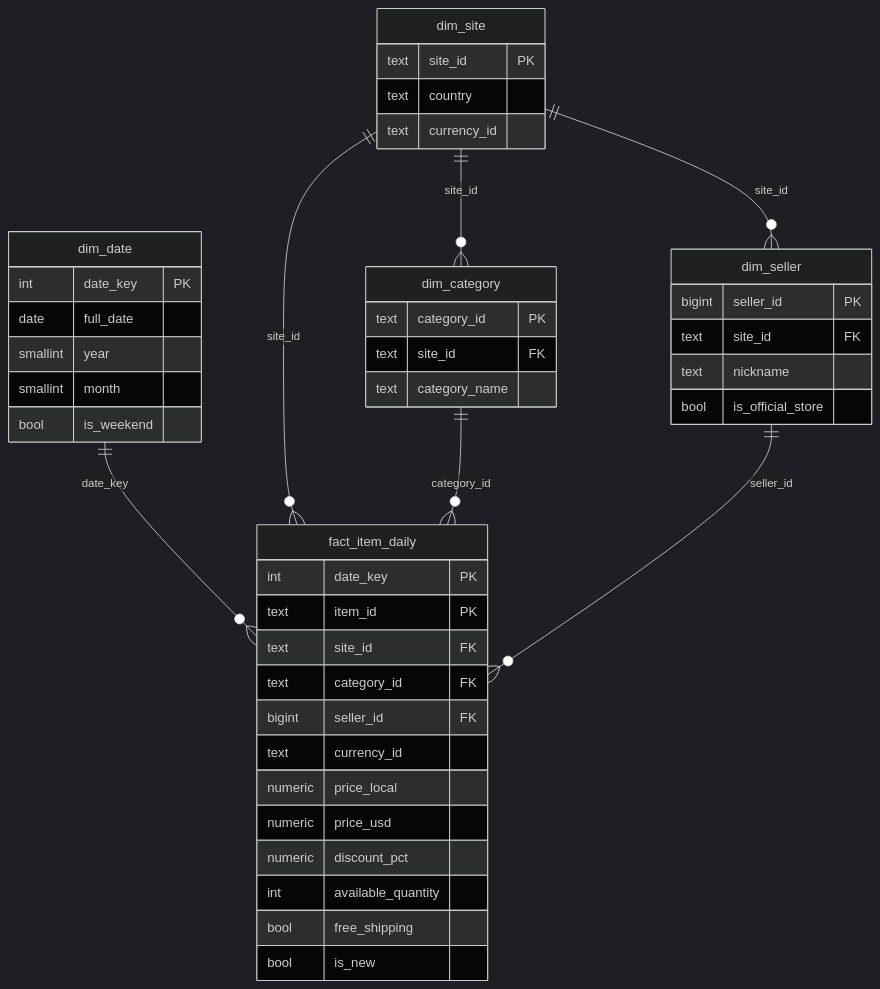
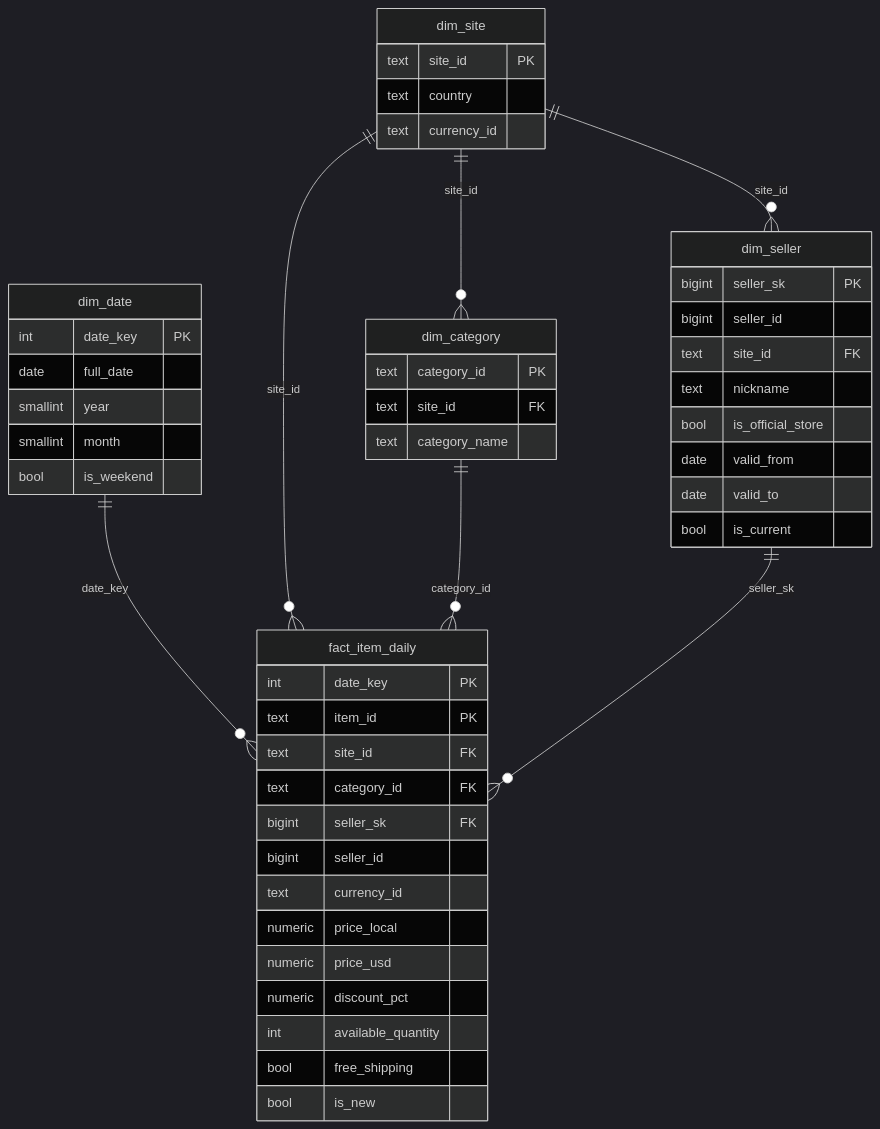
One commit to javieraltoe/ml-medallion-pipeline changed the third of 3 diagrams in docs/arquitectura.md. Above: the diagram before and after it, drawn with Mermaid (dark theme). The commit also changed other lines of this file and 28 other files, not shown here.

````diff
--- a/docs/arquitectura.md
+++ b/docs/arquitectura.md
@@ -52,47 +52,52 @@
 ```mermaid
 erDiagram
     dim_date ||--o{ fact_item_daily : date_key
     dim_site ||--o{ fact_item_daily : site_id
     dim_category ||--o{ fact_item_daily : category_id
-    dim_seller ||--o{ fact_item_daily : seller_id
+    dim_seller ||--o{ fact_item_daily : seller_sk
     dim_site ||--o{ dim_category : site_id
     dim_site ||--o{ dim_seller : site_id
 
     fact_item_daily {
         int date_key PK
         text item_id PK
         text site_id FK
         text category_id FK
-        bigint seller_id FK
+        bigint seller_sk FK
+        bigint seller_id
         text currency_id
         numeric price_local
         numeric price_usd
         numeric discount_pct
         int available_quantity
         bool free_shipping
         bool is_new
     }
     dim_date {
         int date_key PK
         date full_date
         smallint year
         smallint month
         bool is_weekend
     }
     dim_site {
         text site_id PK
         text country
         text currency_id
     }
     dim_category {
         text category_id PK
         text site_id FK
         text category_name
     }
     dim_seller {
-        bigint seller_id PK
+        bigint seller_sk PK
+        bigint seller_id
         text site_id FK
         text nickname
         bool is_official_store
+        date valid_from
+        date valid_to
+        bool is_current
     }
 ```
````
